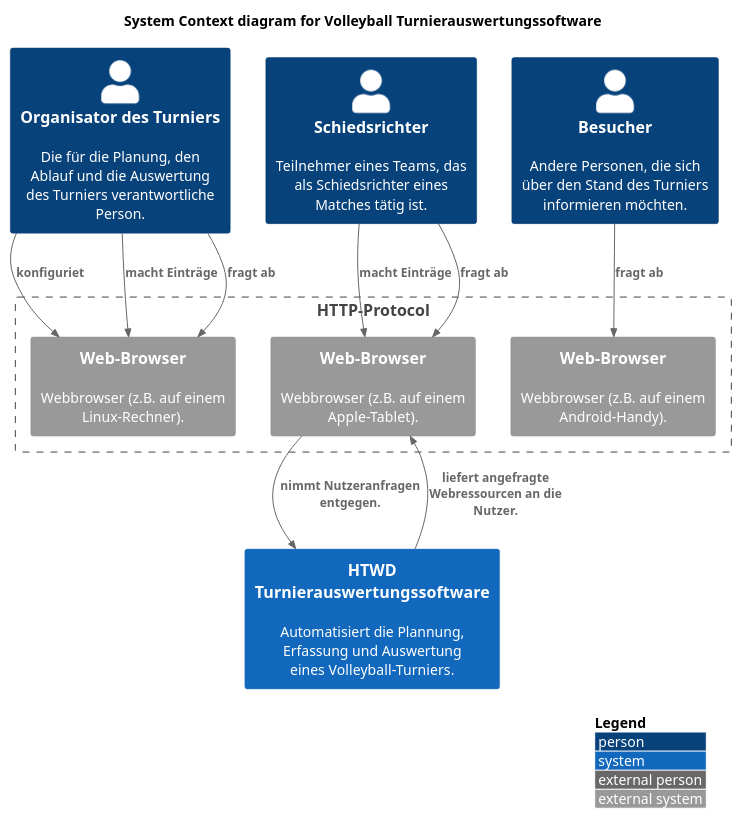
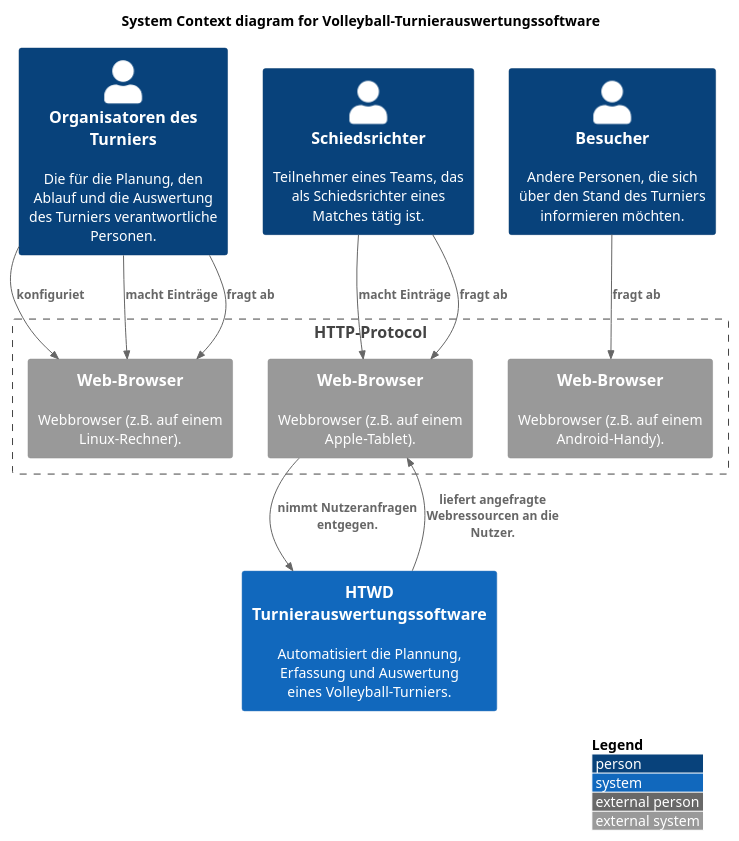
The diagram in docs/architecture/AN_context.puml (max-htw/htwd-turnierauswertungssoftware), drawn with PlantUML before and after one commit. The commit also changed 1 other file, not shown here.

Commit message:
C4-Context, Syntax-Korrektur

```diff
--- a/docs/architecture/AN_context.puml
+++ b/docs/architecture/AN_context.puml
@@ -1,31 +1,31 @@
 @startuml
 !include C4_Context.puml
 
 LAYOUT_WITH_LEGEND()
 
-title System Context diagram for Volleyball Turnierauswertungssoftware
+title System Context diagram for Volleyball-Turnierauswertungssoftware
 
-Person(organisator, "Organisator des Turniers", "Die für die Planung, den Ablauf und die Auswertung des Turniers verantwortliche Person.")
+Person(organisator, "Organisatoren des Turniers", "Die für die Planung, den Ablauf und die Auswertung des Turniers verantwortliche Personen.")
 Person(shiri, "Schiedsrichter", "Teilnehmer eines Teams, das als Schiedsrichter eines Matches tätig ist.")
 Person(besucher, "Besucher", "Andere Personen, die sich über den Stand des Turniers informieren möchten.")
 
 Boundary(webbrowsers,"HTTP-Protocol"){
   System_Ext(webbrowser1, "Web-Browser", "Webbrowser (z.B. auf einem Linux-Rechner).")
   System_Ext(webbrowser2, "Web-Browser", "Webbrowser (z.B. auf einem Apple-Tablet).")
   System_Ext(webbrowser3, "Web-Browser", "Webbrowser (z.B. auf einem Android-Handy).")
 }
 
 System(turnierauswertungssoftware, "HTWD Turnierauswertungssoftware", "Automatisiert die Plannung, Erfassung und Auswertung eines Volleyball-Turniers.")
 
 Rel_D(organisator, webbrowser1, "konfiguriet")
 Rel_D(organisator, webbrowser1, "macht Einträge")
 Rel_D(organisator, webbrowser1, "fragt ab")
 Rel_D(shiri, webbrowser2, "macht Einträge")
 Rel_D(shiri, webbrowser2, "fragt ab")
 Rel_D(besucher, webbrowser3, "fragt ab")
 
 Rel_D(webbrowser2, turnierauswertungssoftware, "nimmt Nutzeranfragen entgegen.")
 Rel_U(turnierauswertungssoftware, webbrowser2, "liefert angefragte Webressourcen an die Nutzer.")
 
 
 @enduml
```
